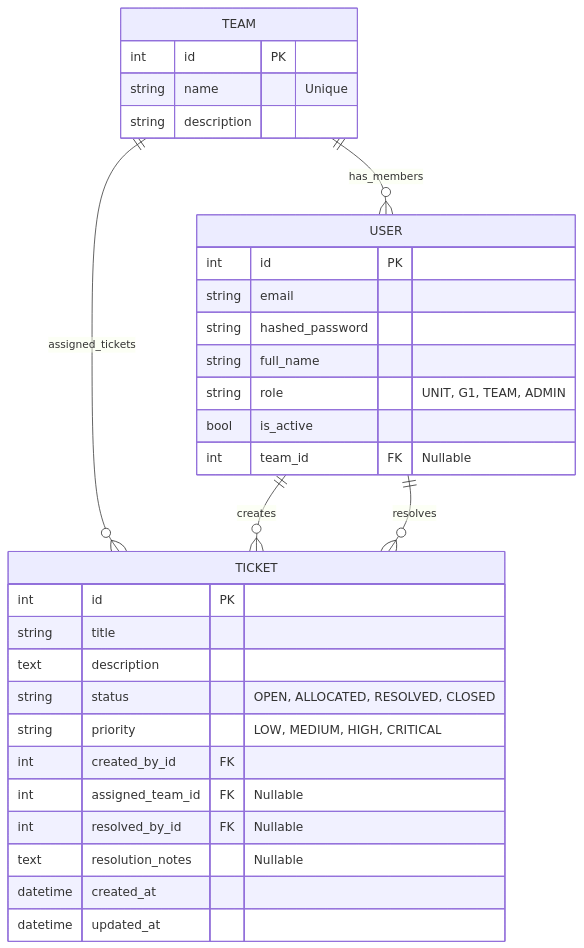
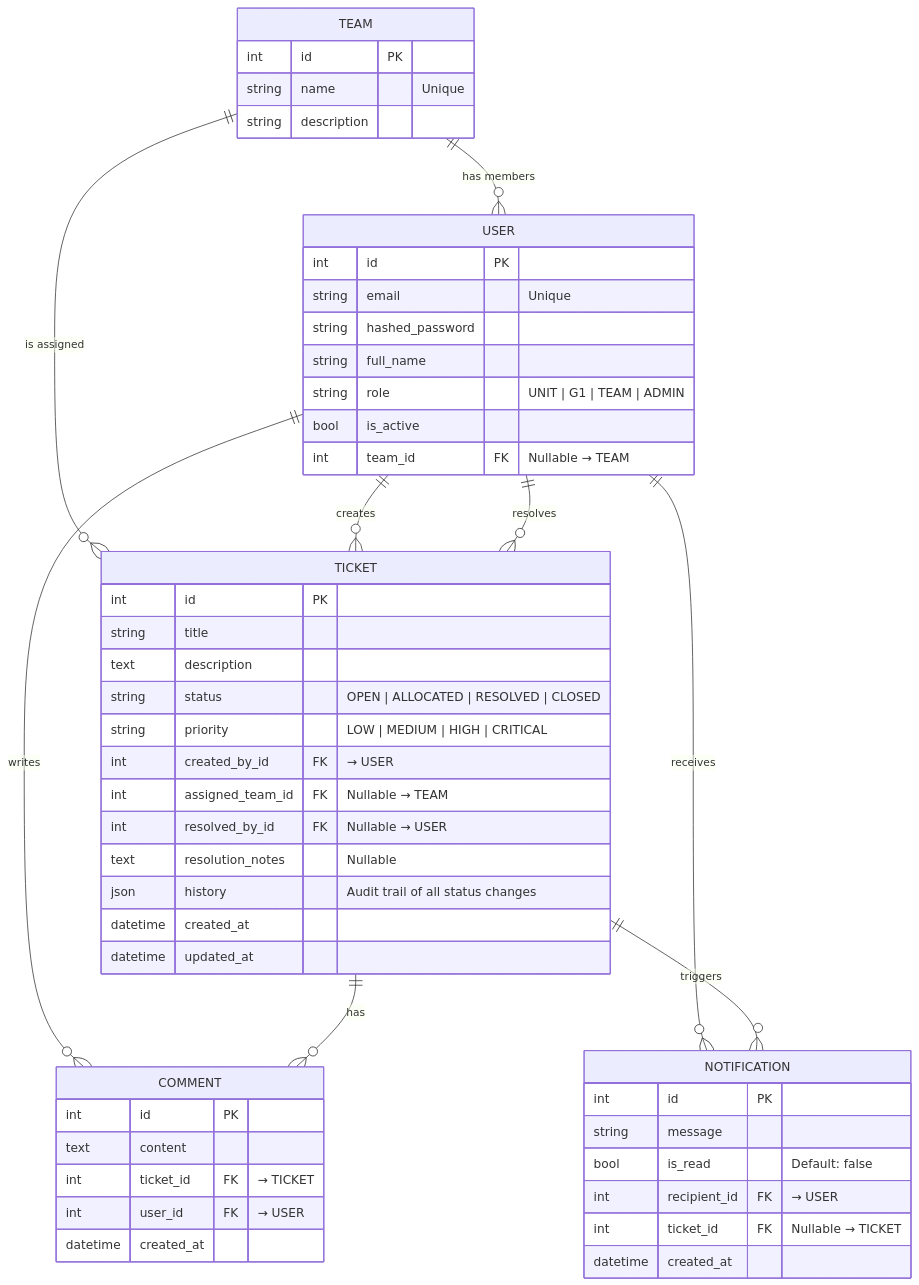
The diagram in server/docs/v1/schema.mermaid (darshilcodess/MOD-Ticketing-New), drawn with Mermaid before and after one commit. The commit also changed 9 other files, not shown here.

Commit message:
Feat: Modified Ticket workflow and changed the schema and created migration files and created the mermaid diagrams

```diff
--- a/server/docs/v1/schema.mermaid
+++ b/server/docs/v1/schema.mermaid
@@ -1,45 +1,68 @@
 erDiagram
 
     %% =========================
-    %% Entities
+    %% Core Entities
     %% =========================
 
     USER {
-        int id PK
-        string email
-        string hashed_password
-        string full_name
-        string role "UNIT, G1, TEAM, ADMIN"
-        bool is_active
-        int team_id FK "Nullable"
+        int     id              PK
+        string  email           "Unique"
+        string  hashed_password
+        string  full_name
+        string  role            "UNIT | G1 | TEAM | ADMIN"
+        bool    is_active
+        int     team_id         FK "Nullable → TEAM"
     }
 
     TEAM {
-        int id PK
-        string name "Unique"
-        string description
+        int     id          PK
+        string  name        "Unique"
+        string  description
     }
 
     TICKET {
-        int id PK
-        string title
-        text description
-        string status "OPEN, ALLOCATED, RESOLVED, CLOSED"
-        string priority "LOW, MEDIUM, HIGH, CRITICAL"
-        int created_by_id FK
-        int assigned_team_id FK "Nullable"
-        int resolved_by_id FK "Nullable"
-        text resolution_notes "Nullable"
+        int      id               PK
+        string   title
+        text     description
+        string   status           "OPEN | ALLOCATED | RESOLVED | CLOSED"
+        string   priority         "LOW | MEDIUM | HIGH | CRITICAL"
+        int      created_by_id    FK "→ USER"
+        int      assigned_team_id FK "Nullable → TEAM"
+        int      resolved_by_id   FK "Nullable → USER"
+        text     resolution_notes "Nullable"
+        json     history          "Audit trail of all status changes"
         datetime created_at
         datetime updated_at
+    }
+
+    COMMENT {
+        int      id         PK
+        text     content
+        int      ticket_id  FK "→ TICKET"
+        int      user_id    FK "→ USER"
+        datetime created_at
+    }
+
+    NOTIFICATION {
+        int      id            PK
+        string   message
+        bool     is_read       "Default: false"
+        int      recipient_id  FK "→ USER"
+        int      ticket_id     FK "Nullable → TICKET"
+        datetime created_at
     }
 
     %% =========================
     %% Relationships
     %% =========================
 
-    TEAM ||--o{ USER : has_members
-    TEAM ||--o{ TICKET : assigned_tickets
+    TEAM       ||--o{ USER         : "has members"
+    TEAM       ||--o{ TICKET       : "is assigned"
 
-    USER ||--o{ TICKET : creates
-    USER ||--o{ TICKET : resolves
+    USER       ||--o{ TICKET       : "creates"
+    USER       ||--o{ TICKET       : "resolves"
+    USER       ||--o{ COMMENT      : "writes"
+    USER       ||--o{ NOTIFICATION : "receives"
+
+    TICKET     ||--o{ COMMENT      : "has"
+    TICKET     ||--o{ NOTIFICATION : "triggers"
```
